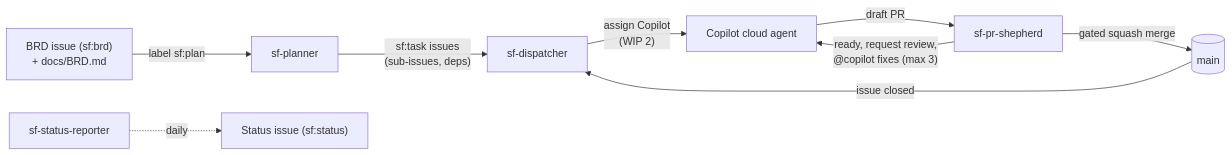
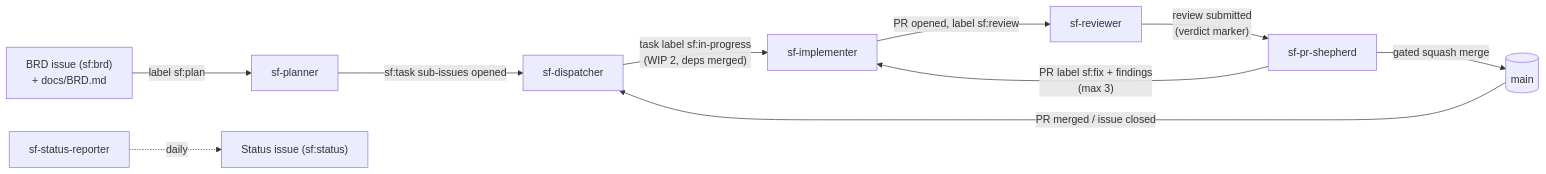
Before and after one commit to andrejpk/software-factory: the diagram in automations/README.md, drawn with Mermaid. The commit also changed other lines of this file and 7 other files, not shown here.

Commit message:
Event-driven v2: implementer fixes, dispatcher trigger, GAPS v2 evidence

````diff
--- a/automations/README.md
+++ b/automations/README.md
@@ -26,11 +29,12 @@
 ```mermaid
 flowchart LR
   BRD["BRD issue (sf:brd)<br/>+ docs/BRD.md"] -- "label sf:plan" --> P[sf-planner]
-  P -- "sf:task issues<br/>(sub-issues, deps)" --> D[sf-dispatcher]
-  D -- "assign Copilot<br/>(WIP 2)" --> CA[Copilot cloud agent]
-  CA -- "draft PR" --> S[sf-pr-shepherd]
-  S -- "ready, request review,<br/>@copilot fixes (max 3)" --> CA
+  P -- "sf:task sub-issues opened" --> D[sf-dispatcher]
+  D -- "task label sf:in-progress<br/>(WIP 2, deps merged)" --> I[sf-implementer]
+  I -- "PR opened, label sf:review" --> RV[sf-reviewer]
+  RV -- "review submitted<br/>(verdict marker)" --> S[sf-pr-shepherd]
+  S -- "PR label sf:fix + findings<br/>(max 3)" --> I
   S -- "gated squash merge" --> M[(main)]
-  M -- "issue closed" --> D
+  M -- "PR merged / issue closed" --> D
   R[sf-status-reporter] -. "daily" .-> ST["Status issue (sf:status)"]
 ```
````
